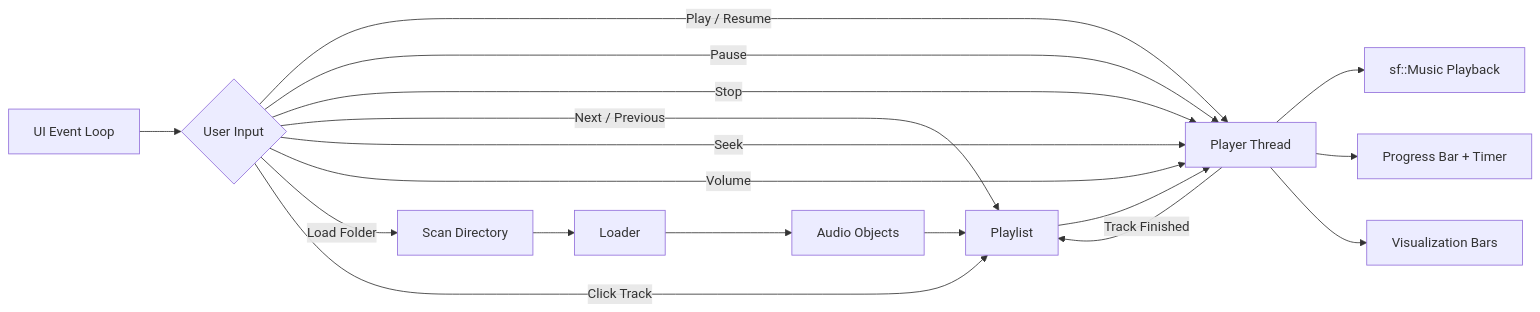
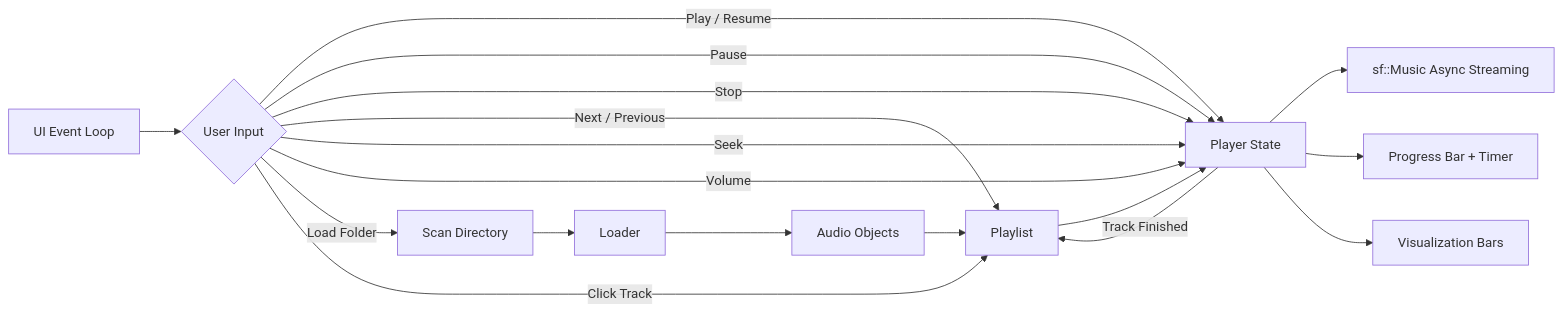
Before and after one commit to hariharanragothaman/mediaPlayer: the first of 2 diagrams in README.md, drawn with Mermaid. The commit also changed other lines of this file and 7 other files, not shown here.

````diff
--- a/README.md
+++ b/README.md
@@ -52,22 +52,22 @@
 ```mermaid
 graph LR
     A[Scan Directory] --> B[Loader]
     B --> C[Audio Objects]
     C --> D[Playlist]
-    D --> E[Player Thread]
-    E --> F[sf::Music Playback]
+    D --> E[Player State]
+    E --> F[sf::Music Async Streaming]
 
     G[UI Event Loop] --> H{User Input}
     H -->|Play / Resume| E
     H -->|Pause| E
     H -->|Stop| E
     H -->|Next / Previous| D
     H -->|Seek| E
     H -->|Volume| E
     H -->|Load Folder| A
     H -->|Click Track| D
 
     E --> I[Progress Bar + Timer]
     E --> J[Visualization Bars]
     E -->|Track Finished| D
 ```
````
